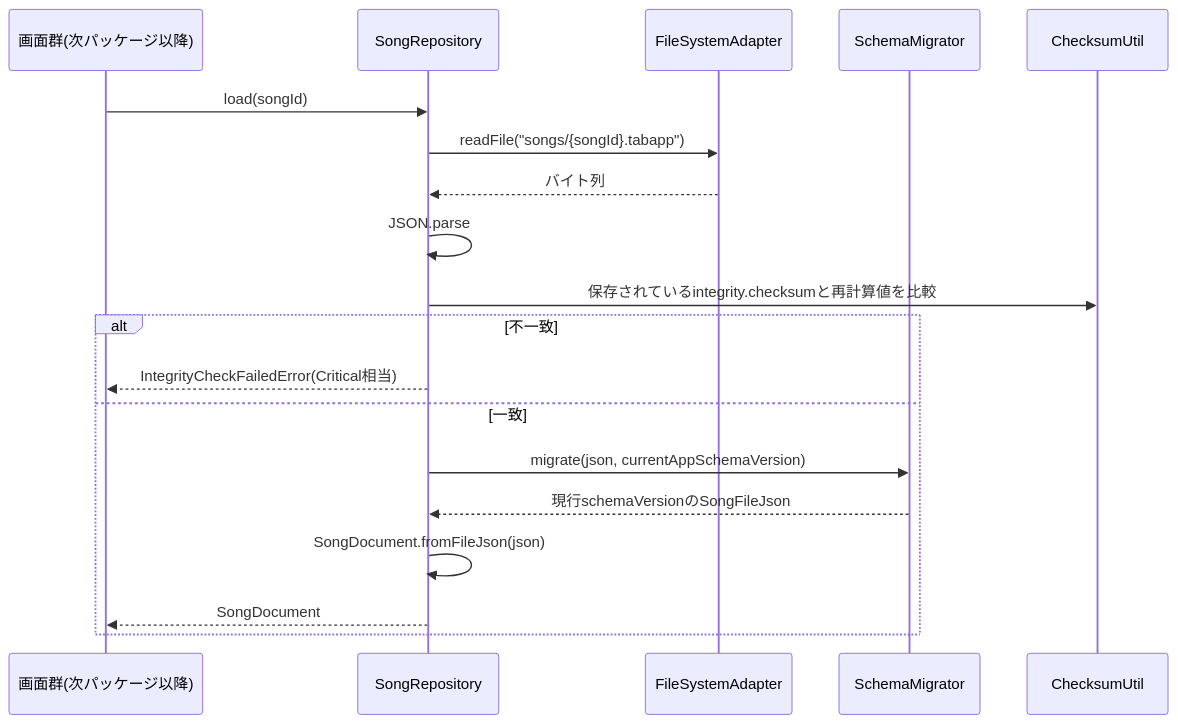
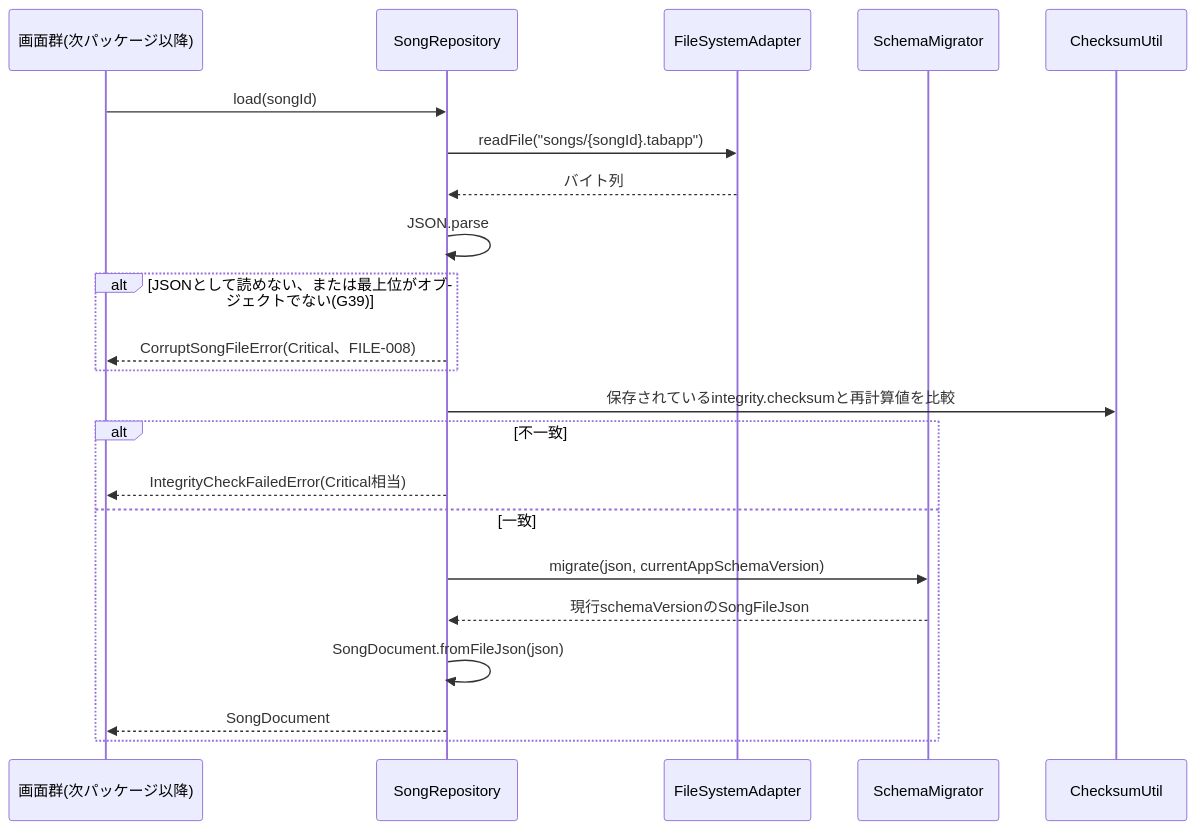
Before and after one commit to ippoooooshi/RiFF-LiNE: the second of 4 diagrams in docs/detailed_design/data-model-persistence.md, drawn with Mermaid. The commit also changed other lines of this file and 12 other files, not shown here.

````diff
--- a/docs/detailed_design/data-model-persistence.md
+++ b/docs/detailed_design/data-model-persistence.md
@@ -148,21 +148,24 @@
 ```mermaid
 sequenceDiagram
     participant UI as 画面群(次パッケージ以降)
     participant Repo as SongRepository
     participant FS as FileSystemAdapter
     participant MIG as SchemaMigrator
     participant CK as ChecksumUtil
     UI->>Repo: load(songId)
     Repo->>FS: readFile("songs/{songId}.tabapp")
     FS-->>Repo: バイト列
     Repo->>Repo: JSON.parse
+    alt JSONとして読めない、または最上位がオブジェクトでない(G39)
+        Repo-->>UI: CorruptSongFileError(Critical、FILE-008)
+    end
     Repo->>CK: 保存されているintegrity.checksumと再計算値を比較
     alt 不一致
         Repo-->>UI: IntegrityCheckFailedError(Critical相当)
     else 一致
         Repo->>MIG: migrate(json, currentAppSchemaVersion)
         MIG-->>Repo: 現行schemaVersionのSongFileJson
         Repo->>Repo: SongDocument.fromFileJson(json)
         Repo-->>UI: SongDocument
     end
 ```
````
